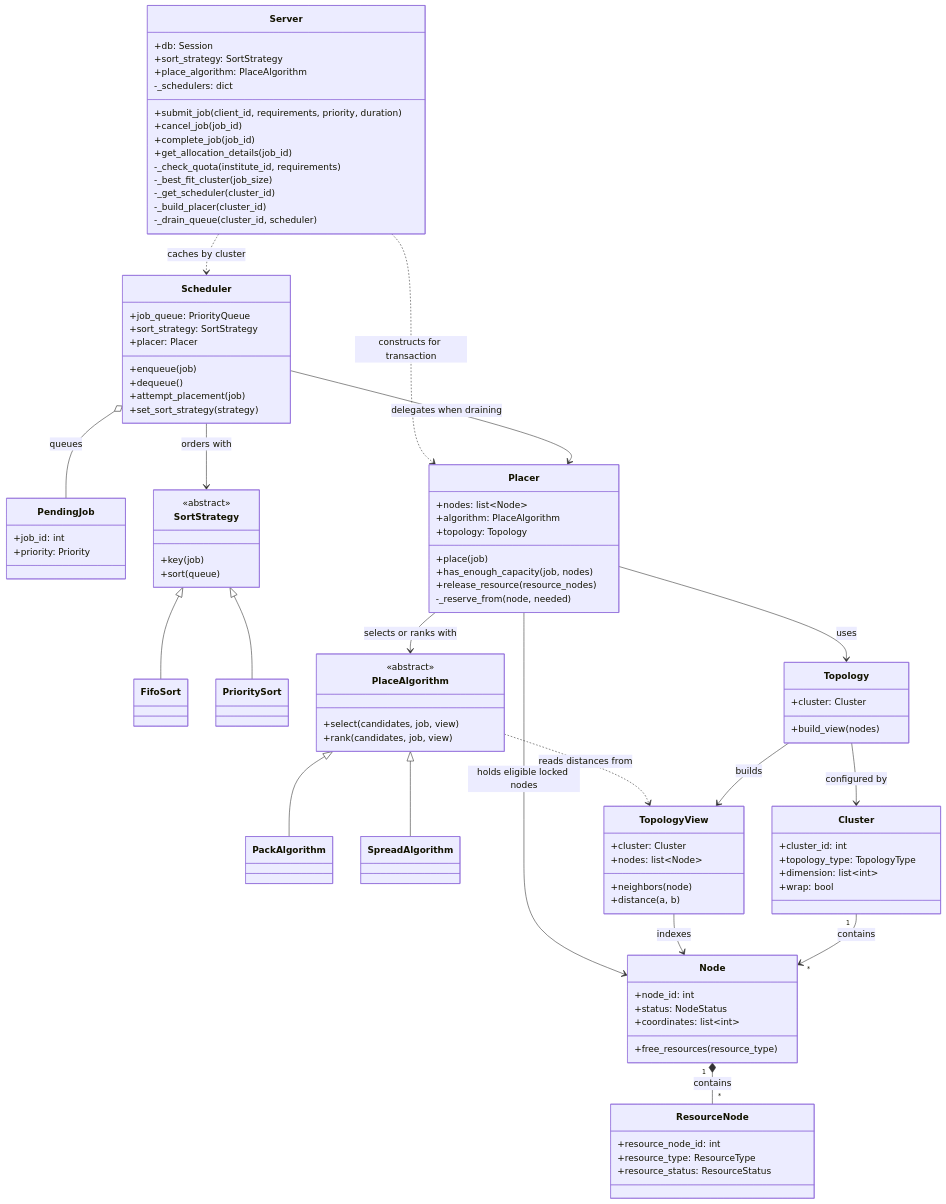
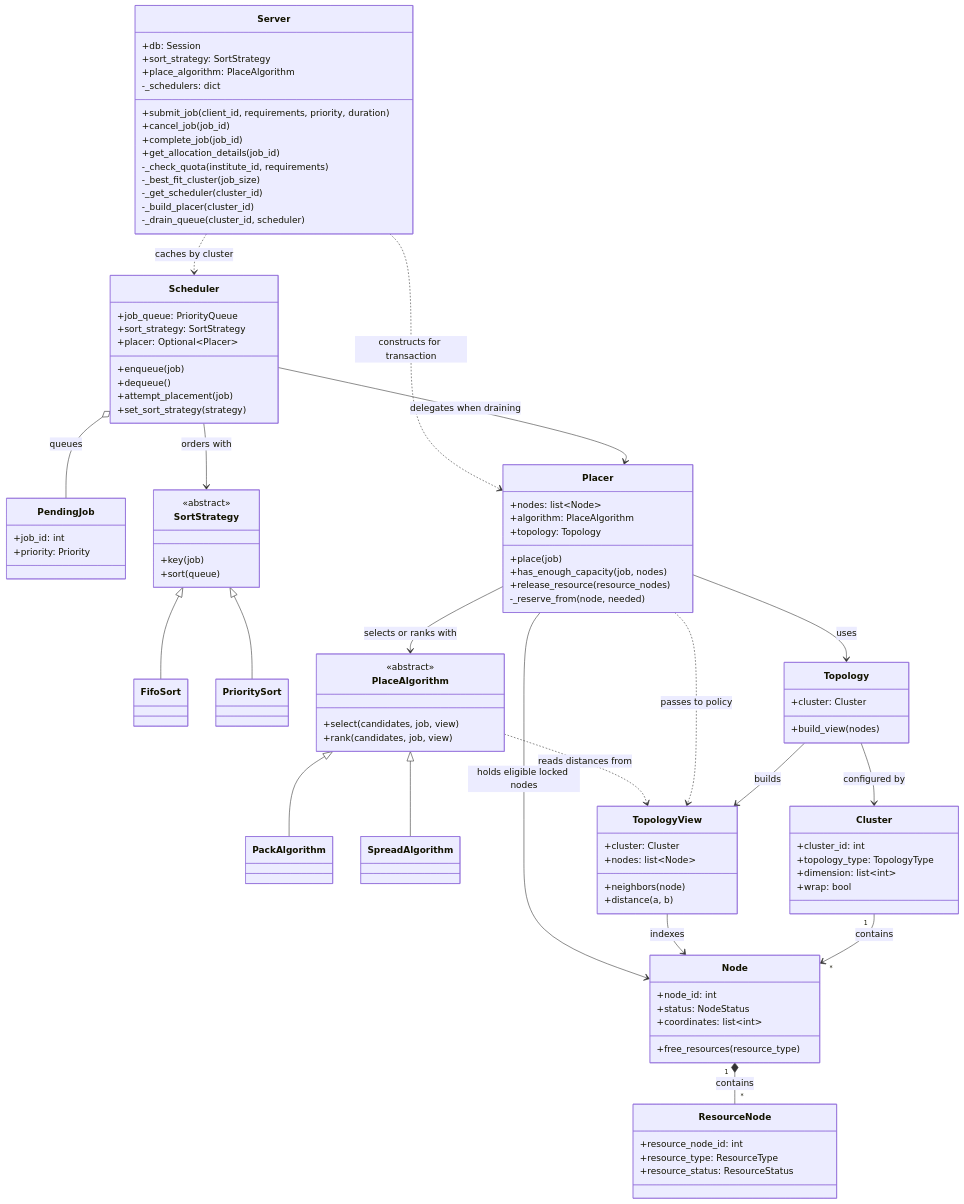
The third of 4 diagrams in docs/architecture.md (labo-man002/job-scheduler), drawn with Mermaid before and after one commit. The commit also changed other lines of this file, not shown here.

Commit message:
docs: make call flow and topology view construction explicit

```diff
--- a/docs/architecture.md
+++ b/docs/architecture.md
@@ -86,7 +135,7 @@
     class Scheduler {
         +job_queue: PriorityQueue
         +sort_strategy: SortStrategy
-        +placer: Placer
+        +placer: Optional~Placer~
         +enqueue(job)
         +dequeue()
         +attempt_placement(job)
@@ -154,6 +203,7 @@
     SortStrategy <|-- PrioritySort
     Placer --> PlaceAlgorithm : selects or ranks with
     PlaceAlgorithm ..> TopologyView : reads distances from
+    Placer ..> TopologyView : passes to policy
     PlaceAlgorithm <|-- PackAlgorithm
     PlaceAlgorithm <|-- SpreadAlgorithm
     Placer --> Node : holds eligible locked nodes
```
